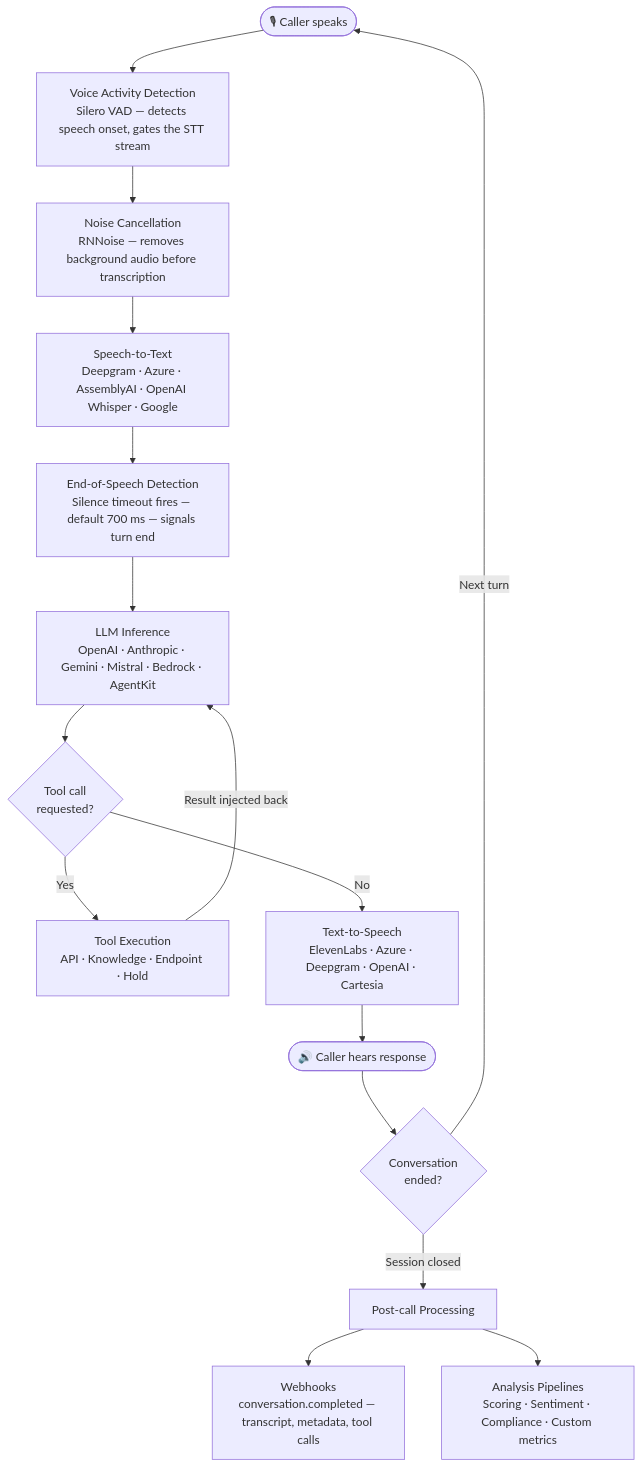
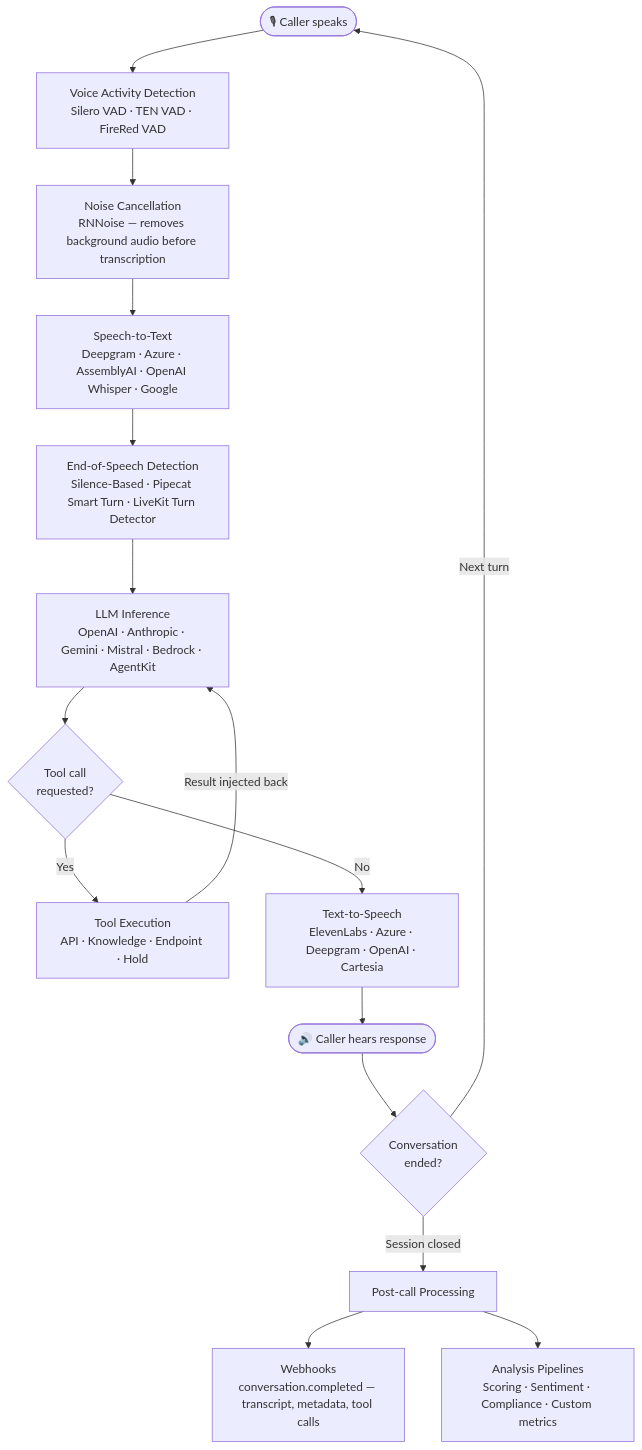
One commit to rapidaai/rapidaai-docs changed the first of 2 diagrams in assistants/overview.mdx. Above: the diagram before and after it, drawn with Mermaid. The commit also changed other lines of this file and 4 other files, not shown here.

Commit message:
feat: updated doc for end of speech and vad

````diff
--- a/assistants/overview.mdx
+++ b/assistants/overview.mdx
@@ -47,18 +47,18 @@
 ```mermaid
 flowchart TD
-    A(["🎙 Caller speaks"]) --> B["Voice Activity Detection\nSilero VAD — detects speech onset, gates the STT stream"]
+    A(["🎙 Caller speaks"]) --> B["Voice Activity Detection\nSilero VAD · TEN VAD · FireRed VAD"]
     B --> C["Noise Cancellation\nRNNoise — removes background audio before transcription"]
     C --> D["Speech-to-Text\nDeepgram · Azure · AssemblyAI · OpenAI Whisper · Google"]
-    D --> E["End-of-Speech Detection\nSilence timeout fires — default 700 ms — signals turn end"]
+    D --> E["End-of-Speech Detection\nSilence-Based · Pipecat Smart Turn · LiveKit Turn Detector"]
     E --> F["LLM Inference\nOpenAI · Anthropic · Gemini · Mistral · Bedrock · AgentKit"]
     F --> G{Tool call\nrequested?}
     G -->|Yes| H["Tool Execution\nAPI · Knowledge · Endpoint · Hold"]
     H -->|Result injected back| F
     G -->|No| I["Text-to-Speech\nElevenLabs · Azure · Deepgram · OpenAI · Cartesia"]
     I --> J(["🔊 Caller hears response"])
     J --> K{Conversation\nended?}
     K -->|Next turn| A
     K -->|Session closed| L["Post-call Processing"]
     L --> M["Webhooks\nconversation.completed — transcript, metadata, tool calls"]
     L --> N["Analysis Pipelines\nScoring · Sentiment · Compliance · Custom metrics"]
 ```
````
